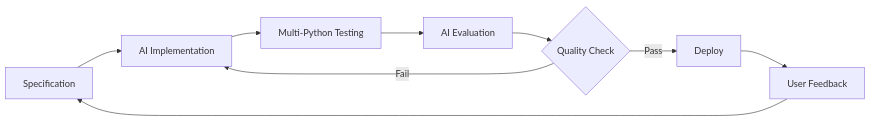
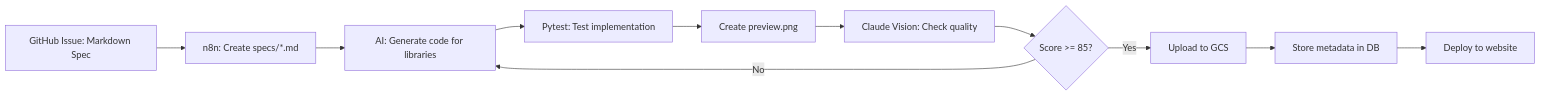
Before and after one commit to MarkusNeusinger/pyplots: the first of 2 diagrams in docs/architecture.md, drawn with Mermaid. The commit also changed other lines of this file and 28 other files, not shown here.

First line of the commit message:
feat: setup complete frontend and backend architecture

````diff
--- a/docs/architecture.md
+++ b/docs/architecture.md
@@ -71,11 +360,13 @@
 ```mermaid
 graph LR
-    A[Specification] --> B[AI Implementation]
-    B --> C[Multi-Python Testing]
-    C --> D[AI Evaluation]
-    D --> E{Quality Check}
-    E -->|Pass| F[Deploy]
-    E -->|Fail| B
-    F --> G[User Feedback]
-    G --> A
+    A[GitHub Issue: Markdown Spec] --> B[n8n: Create specs/*.md]
+    B --> C[AI: Generate code for libraries]
+    C --> D[Pytest: Test implementation]
+    D --> E[Create preview.png]
+    E --> F[Claude Vision: Check quality]
+    F --> G{Score >= 85?}
+    G -->|Yes| H[Upload to GCS]
+    G -->|No| C
+    H --> I[Store metadata in DB]
+    I --> J[Deploy to website]
 ```
````
